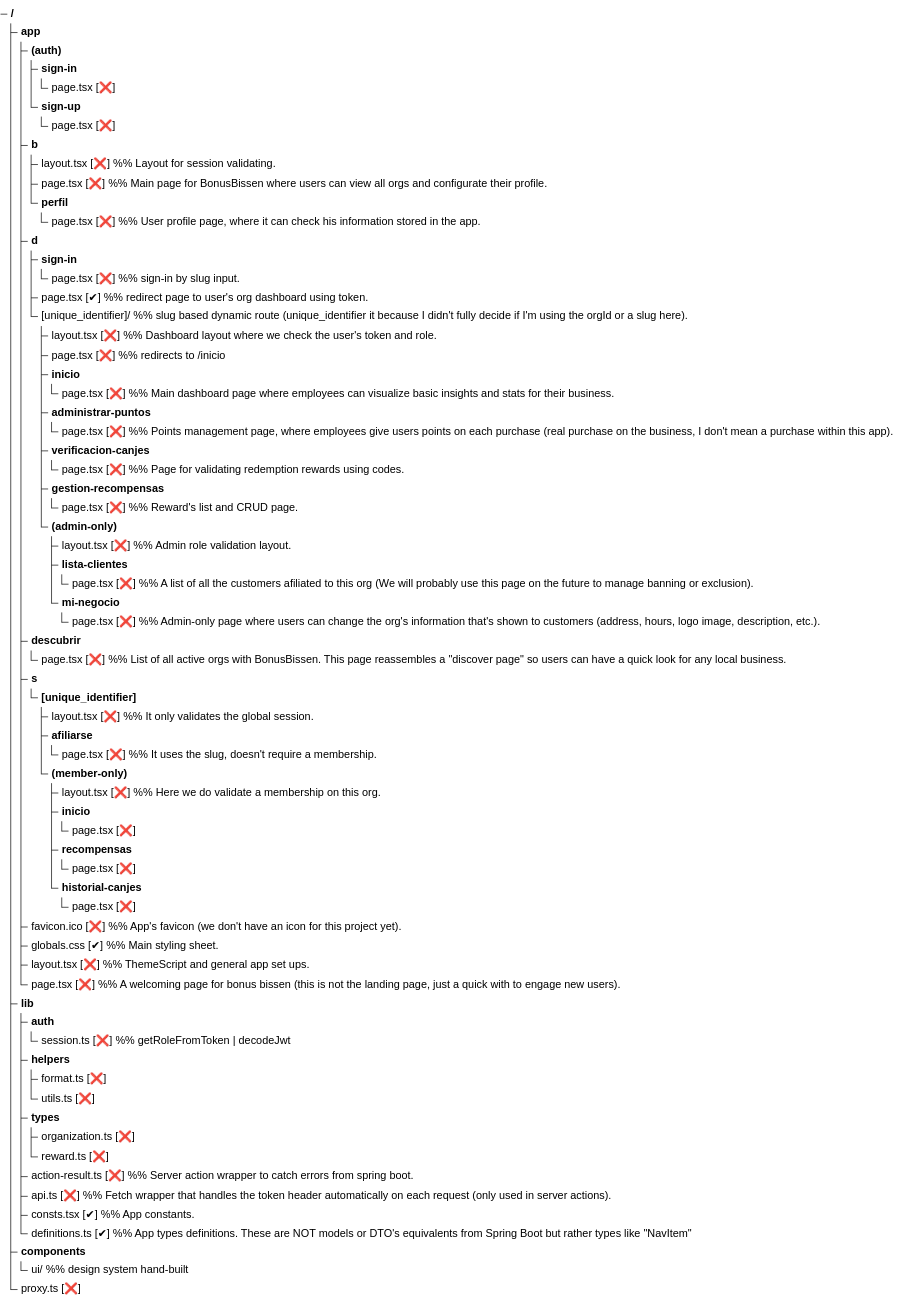
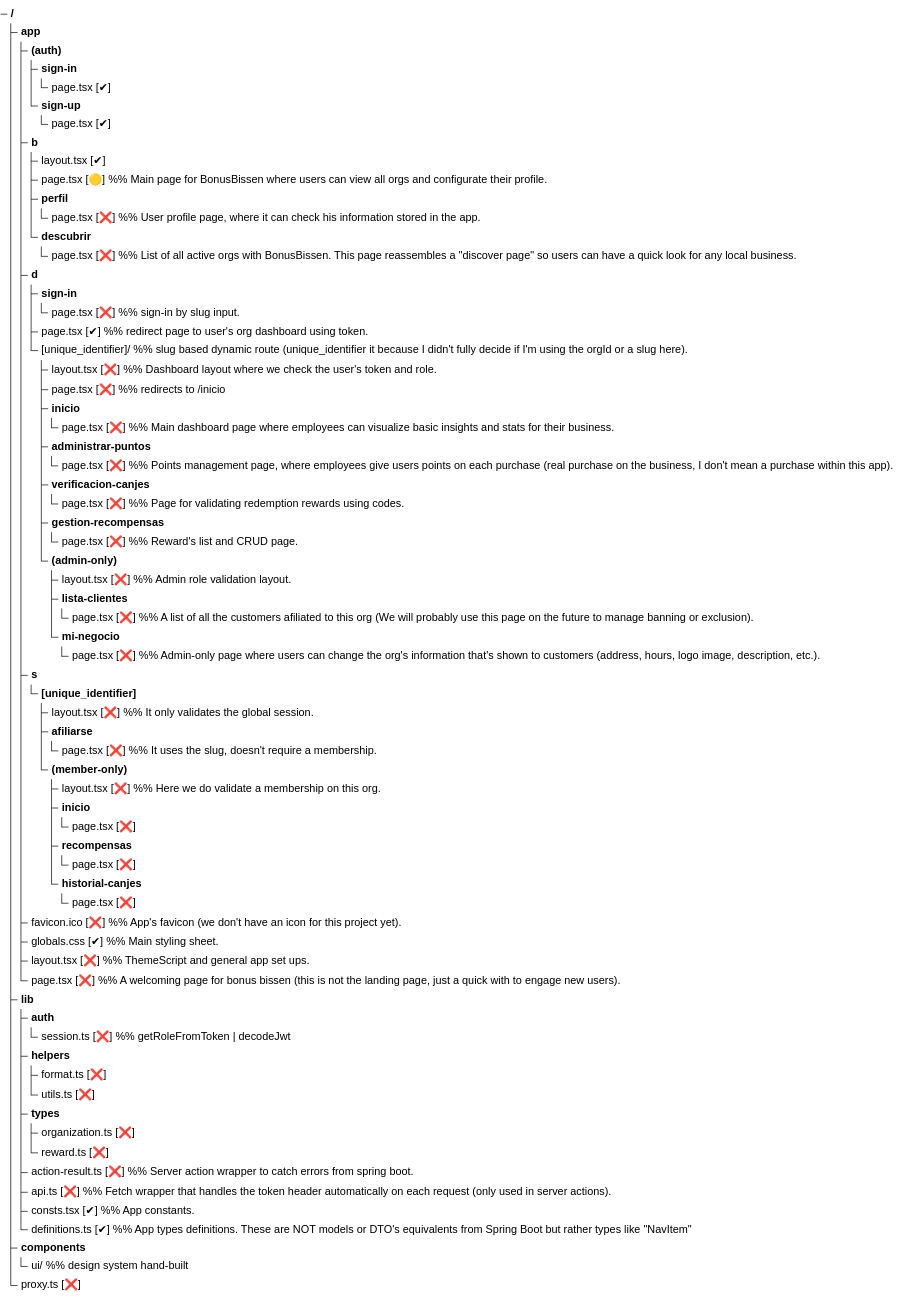
One commit to gnosticDeveloper/bonusbissen changed the diagram in docs/front-folder-structure.mmd. Above: the diagram before and after it, drawn with Mermaid. The commit also changed 6 other files, not shown here.

Commit message:
refactoring main page and fixing UI for reward-cards component. Adding a reusable carousel component.

```diff
--- a/docs/front-folder-structure.mmd
+++ b/docs/front-folder-structure.mmd
@@ -1,68 +1,68 @@
 treeView-beta
     app/
         (auth)/
             sign-in/
-                page.tsx [❌]
+                page.tsx [✔]
             sign-up/
-                page.tsx [❌]
+                page.tsx [✔]
         b/
-            layout.tsx [❌] %% Layout for session validating.
-            page.tsx [❌] %% Main page for BonusBissen where users can view all orgs and configurate their profile.
+            layout.tsx [✔]
+            page.tsx [🟡] %% Main page for BonusBissen where users can view all orgs and configurate their profile.
             perfil/
                 page.tsx [❌] %% User profile page, where it can check his information stored in the app.
+            descubrir/
+                page.tsx [❌] %% List of all active orgs with BonusBissen. This page reassembles a "discover page" so users can have a quick look for any local business.
         d/
             sign-in/
                 page.tsx [❌] %% sign-in by slug input.
             page.tsx [✔] %% redirect page to user's org dashboard using token.
             [unique_identifier]/ %% slug based dynamic route (unique_identifier it because I didn't fully decide if I'm using the orgId or a slug here).
                 layout.tsx [❌] %% Dashboard layout where we check the user's token and role.
                 page.tsx [❌] %% redirects to /inicio
                 inicio/
                     page.tsx [❌] %% Main dashboard page where employees can visualize basic insights and stats for their business.
                 administrar-puntos/
                     page.tsx [❌] %% Points management page, where employees give users points on each purchase (real purchase on the business, I don't mean a purchase within this app).
                 verificacion-canjes/
                     page.tsx [❌] %% Page for validating redemption rewards using codes.
                 gestion-recompensas/
                     page.tsx [❌] %% Reward's list and CRUD page.
                 (admin-only)/
                     layout.tsx [❌] %% Admin role validation layout.
                     lista-clientes/
                         page.tsx [❌] %% A list of all the customers afiliated to this org (We will probably use this page on the future to manage banning or exclusion).
                     mi-negocio/
                         page.tsx [❌] %% Admin-only page where users can change the org's information that's shown to customers (address, hours, logo image, description, etc.).
-        descubrir/
-            page.tsx [❌] %% List of all active orgs with BonusBissen. This page reassembles a "discover page" so users can have a quick look for any local business.
         s/
             [unique_identifier]/
                 layout.tsx [❌] %% It only validates the global session.
                 afiliarse/
                     page.tsx [❌] %% It uses the slug, doesn't require a membership.
                 (member-only)/
                     layout.tsx [❌] %% Here we do validate a membership on this org.
                     inicio/
                         page.tsx [❌]
                     recompensas/
                         page.tsx [❌]
                     historial-canjes/
                         page.tsx [❌]
         favicon.ico [❌] %% App's favicon (we don't have an icon for this project yet).
         globals.css [✔] %% Main styling sheet.
         layout.tsx [❌] %% ThemeScript and general app set ups.
         page.tsx [❌] %% A welcoming page for bonus bissen (this is not the landing page, just a quick with to engage new users).
     lib/
         auth/
             session.ts [❌] %% getRoleFromToken | decodeJwt
         helpers/
             format.ts [❌]
             utils.ts [❌]
         types/
             organization.ts [❌]
             reward.ts [❌]
         action-result.ts [❌] %% Server action wrapper to catch errors from spring boot.
         api.ts [❌] %% Fetch wrapper that handles the token header automatically on each request (only used in server actions).
         consts.tsx [✔] %% App constants.
         definitions.ts [✔] %% App types definitions. These are NOT models or DTO's equivalents from Spring Boot but rather types like "NavItem"
     components/
         ui/ %% design system hand-built
     proxy.ts [❌]
```
